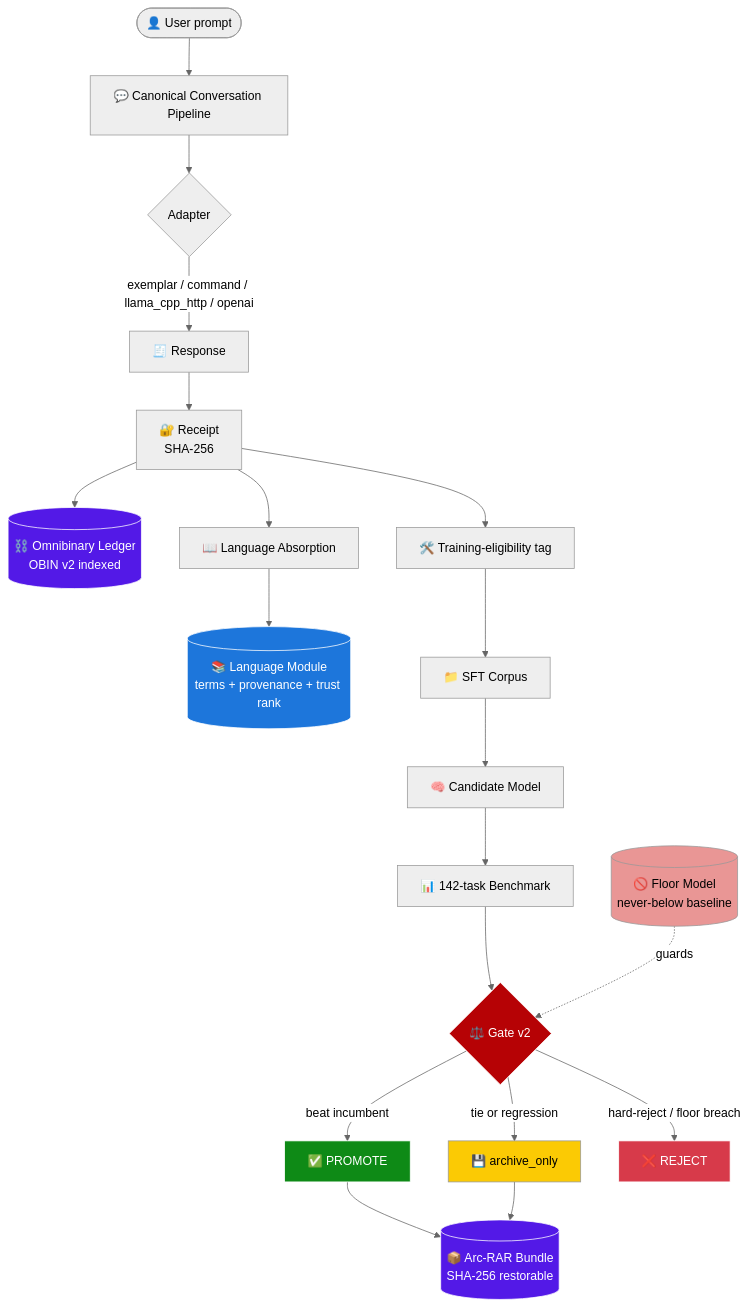
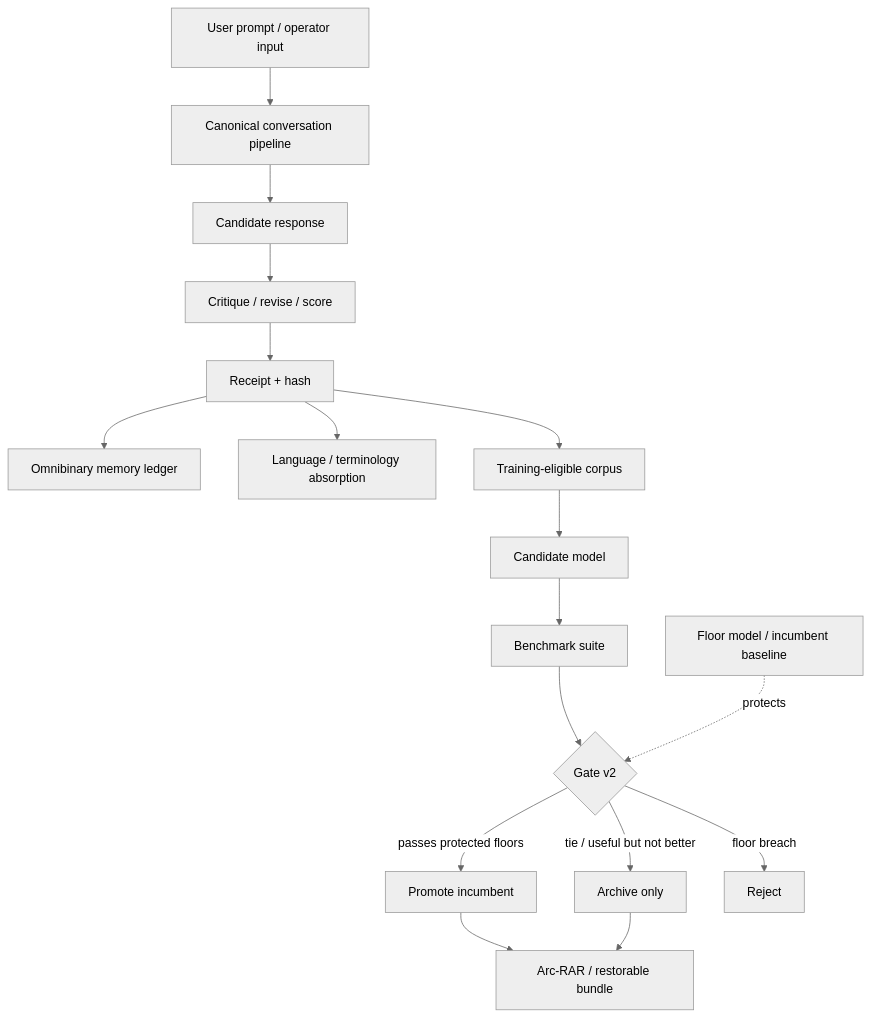
Before and after one commit to GareBear99/ARC-Neuron-LLMBuilder: the diagram in README.md, drawn with Mermaid (neutral theme). The commit also changed other lines of this file, not shown here.

````diff
--- a/README.md
+++ b/README.md
@@ -401,30 +203,19 @@
 ```mermaid
 flowchart TD
-    U([👤 User prompt]) --> P[💬 Canonical Conversation Pipeline]
-    P --> A{Adapter}
-    A -->|exemplar / command / llama_cpp_http / openai| R[🧾 Response]
-    R --> Rec[🔐 Receipt<br/>SHA-256]
-    Rec --> OB[(⛓️ Omnibinary Ledger<br/>OBIN v2 indexed)]
-    Rec --> LA[📖 Language Absorption]
-    LA --> LM[(📚 Language Module<br/>terms + provenance + trust rank)]
-    Rec --> Train[🛠️ Training-eligibility tag]
-    Train --> Corpus[📁 SFT Corpus]
-    Corpus --> Cand[🧠 Candidate Model]
-    Cand --> Bench[📊 142-task Benchmark]
-    Bench --> Gate{⚖️ Gate v2}
-    Gate -->|beat incumbent| Promote[✅ PROMOTE]
-    Gate -->|tie or regression| Archive[💾 archive_only]
-    Gate -->|hard-reject / floor breach| Reject[❌ REJECT]
-    Promote --> Bundle[(📦 Arc-RAR Bundle<br/>SHA-256 restorable)]
+    U[User prompt / operator input] --> P[Canonical conversation pipeline]
+    P --> R[Candidate response]
+    R --> C[Critique / revise / score]
+    C --> Rec[Receipt + hash]
+    Rec --> OB[Omnibinary memory ledger]
+    Rec --> LM[Language / terminology absorption]
+    Rec --> SFT[Training-eligible corpus]
+    SFT --> Cand[Candidate model]
+    Cand --> Bench[Benchmark suite]
+    Bench --> Gate{Gate v2}
+    Gate -->|passes protected floors| Promote[Promote incumbent]
+    Gate -->|tie / useful but not better| Archive[Archive only]
+    Gate -->|floor breach| Reject[Reject]
+    Promote --> Bundle[Arc-RAR / restorable bundle]
     Archive --> Bundle
-    Floor[(🚫 Floor Model<br/>never-below baseline)] -.guards.-> Gate
-
-    style Gate fill:#b60205,stroke:#fff,color:#fff
-    style Promote fill:#0e8a16,stroke:#fff,color:#fff
-    style Reject fill:#d73a4a,stroke:#fff,color:#fff
-    style Archive fill:#fbca04,color:#000
-    style OB fill:#5319e7,stroke:#fff,color:#fff
-    style LM fill:#1d76db,stroke:#fff,color:#fff
-    style Bundle fill:#5319e7,stroke:#fff,color:#fff
-    style Floor fill:#e99695,color:#000
+    Floor[Floor model / incumbent baseline] -. protects .-> Gate
 ```
````
